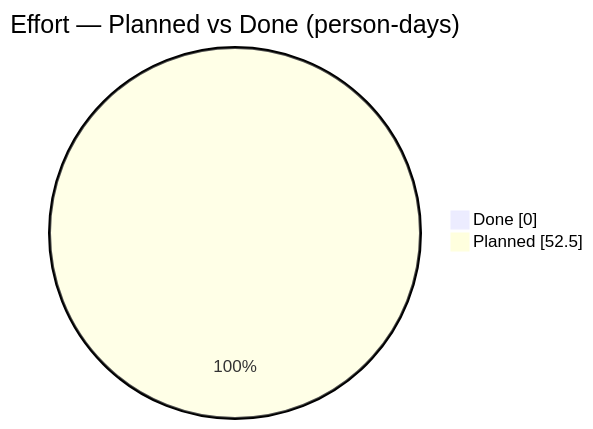
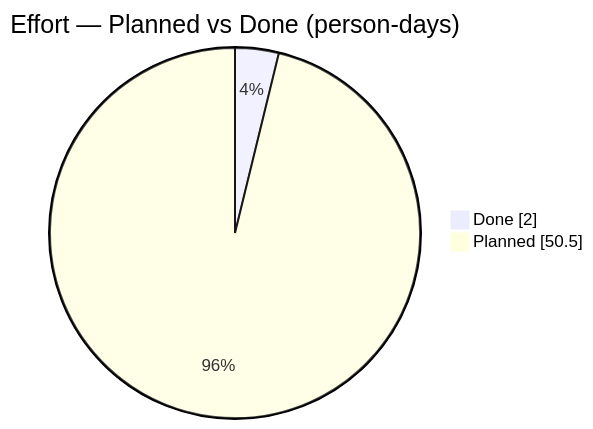
The first of 2 diagrams in docs/_projects/R3-AAS.md (Katty-Fashion/kf-cpto), drawn with Mermaid before and after one commit. The commit also changed other lines of this file and 14 other files, not shown here.

````diff
--- a/docs/_projects/R3-AAS.md
+++ b/docs/_projects/R3-AAS.md
@@ -334,5 +334,5 @@
 ```mermaid
 pie showData title Effort — Planned vs Done (person-days)
-    "Done" : 0.0
-    "Planned" : 52.5
+    "Done" : 2.0
+    "Planned" : 50.5
 ```
````
